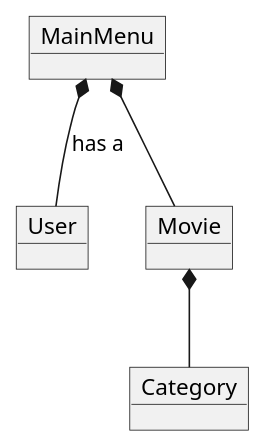
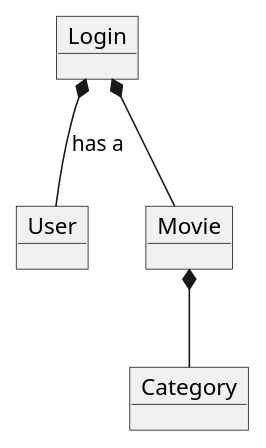
Before and after one commit to Bubberslem/Sp3MadsDMarcusR: the diagram in doc/domainModel.puml, drawn with PlantUML. The commit also changed 3 other files, not shown here.

```diff
--- a/doc/domainModel.puml
+++ b/doc/domainModel.puml
@@ -1,10 +1,10 @@
 @startuml
-object MainMenu
+object Login
 object User
 object Movie
 object Category
 
-MainMenu *-- User : has a
+Login *-- User : has a
 Movie *-- Category
-MainMenu *-- Movie
+Login *-- Movie
 @enduml
```
